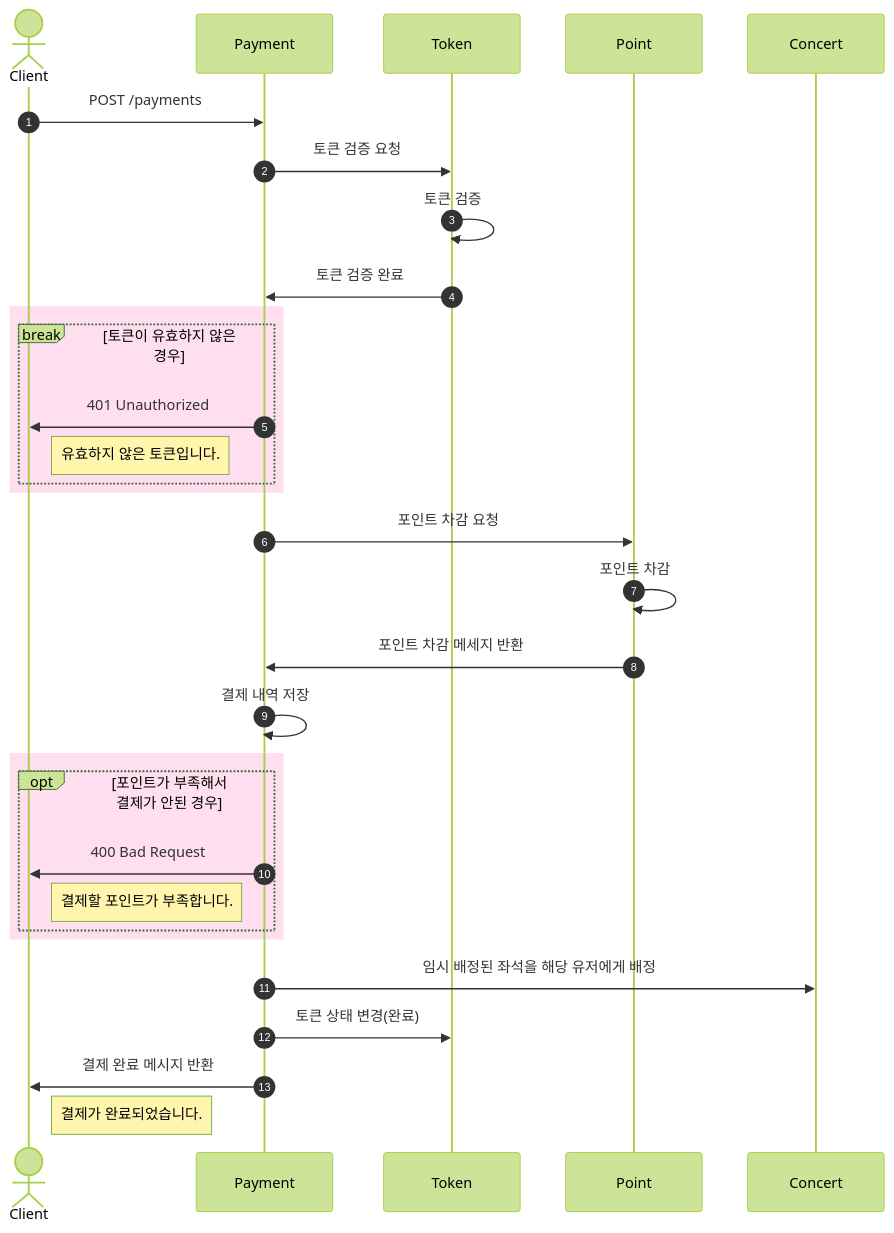
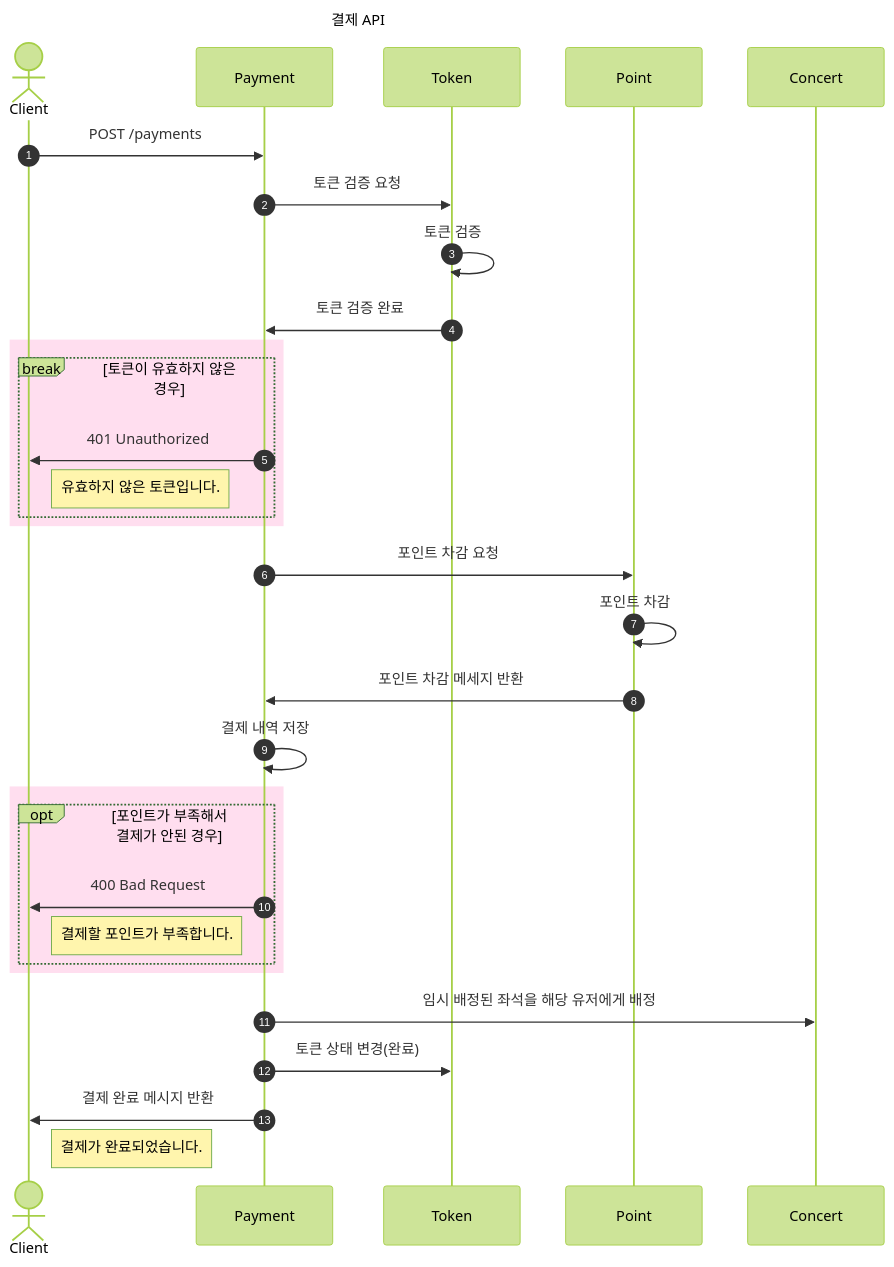
Before and after one commit to Yn3-3xh/hanghaeplus-concert-reservation-service: the eighth of 8 diagrams in README.md, drawn with Mermaid (forest theme). The commit also changed other lines of this file, not shown here.

Commit message:
step5/update: README - Sequence Diagram title

````diff
--- a/README.md
+++ b/README.md
@@ -241,37 +254,40 @@
 ``` mermaid
+---
+title: 결제 API
+---
 sequenceDiagram
 autonumber
 
 actor Client
 
 Client->>Payment: POST /payments
 
 Payment->>Token: 토큰 검증 요청
 Token->>Token: 토큰 검증
 Token->>Payment: 토큰 검증 완료
 rect rgb(255, 222, 239)
     break 토큰이 유효하지 않은 경우
         Payment->>Client: 401 Unauthorized
         Note right of Client: 유효하지 않은 토큰입니다.
     end
 end
 
 Payment->>Point: 포인트 차감 요청
 Point->>Point: 포인트 차감
 Point->>Payment: 포인트 차감 메세지 반환
 
 Payment->>Payment: 결제 내역 저장
 
 rect rgb(255, 222, 239)
     opt 포인트가 부족해서 결제가 안된 경우
         Payment->>Client: 400 Bad Request
         Note right of Client: 결제할 포인트가 부족합니다.
     end
 end
 
 Payment->>Concert: 임시 배정된 좌석을 해당 유저에게 배정
 Payment->>Token: 토큰 상태 변경(완료)
 
 Payment->>Client: 결제 완료 메시지 반환
 Note right of Client: 결제가 완료되었습니다.
 ```
````
